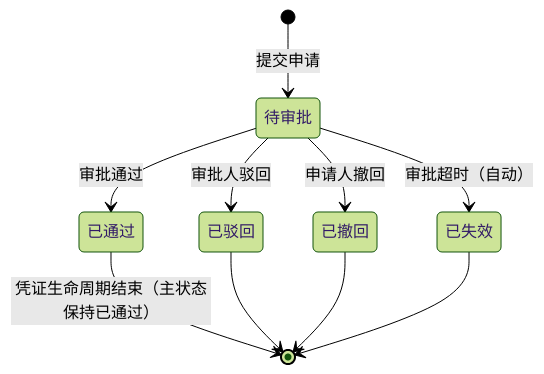
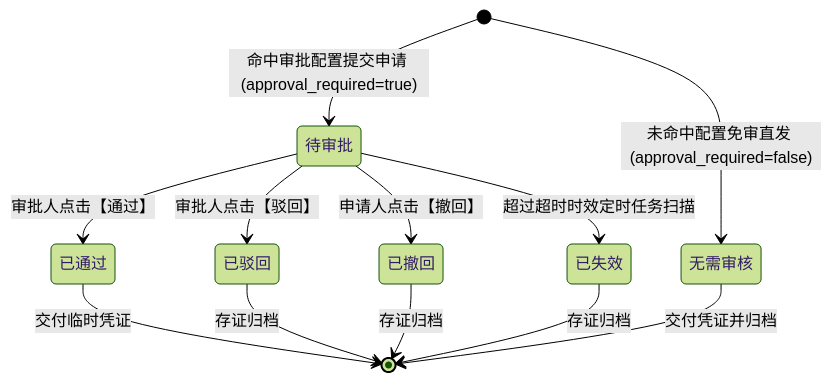
Before and after one commit to RobertHuang999/SYZC: the first of 2 diagrams in 02-PRD文档/B-迭代需求/6.2版本（2026.08）/07-审批中心/03-业务审批/04-我的申请管理/04-开锁审批/开锁申请业务规则规格.md, drawn with Mermaid (forest theme). The commit also changed other lines of this file and 146 other files, not shown here.

````diff
--- a/02-PRD文档/B-迭代需求/6.2版本（2026.08）/07-审批中心/03-业务审批/04-我的申请管理/04-开锁审批/开锁申请业务规则规格.md
+++ b/02-PRD文档/B-迭代需求/6.2版本（2026.08）/07-审批中心/03-业务审批/04-我的申请管理/04-开锁审批/开锁申请业务规则规格.md
@@ -97,12 +51,14 @@
 ```mermaid
 stateDiagram-v2
-    [*] --> 待审批 : 提交申请
-    待审批 --> 已撤回 : 申请人撤回
-    待审批 --> 已失效 : 审批超时（自动）
-    待审批 --> 已驳回 : 审批人驳回
-    待审批 --> 已通过 : 审批通过
-    已通过 --> [*] : 凭证生命周期结束（主状态保持已通过）
-    已驳回 --> [*]
-    已撤回 --> [*]
-    已失效 --> [*]
+    [*] --> 待审批 : 命中审批配置提交申请 (approval_required=true)
+    [*] --> 无需审核 : 未命中配置免审直发 (approval_required=false)
+    待审批 --> 已通过 : 审批人点击【通过】
+    待审批 --> 已驳回 : 审批人点击【驳回】
+    待审批 --> 已撤回 : 申请人点击【撤回】
+    待审批 --> 已失效 : 超过超时时效定时任务扫描
+    已通过 --> [*] : 交付临时凭证
+    已驳回 --> [*] : 存证归档
+    已撤回 --> [*] : 存证归档
+    已失效 --> [*] : 存证归档
+    无需审核 --> [*] : 交付凭证并归档
 ```
````
